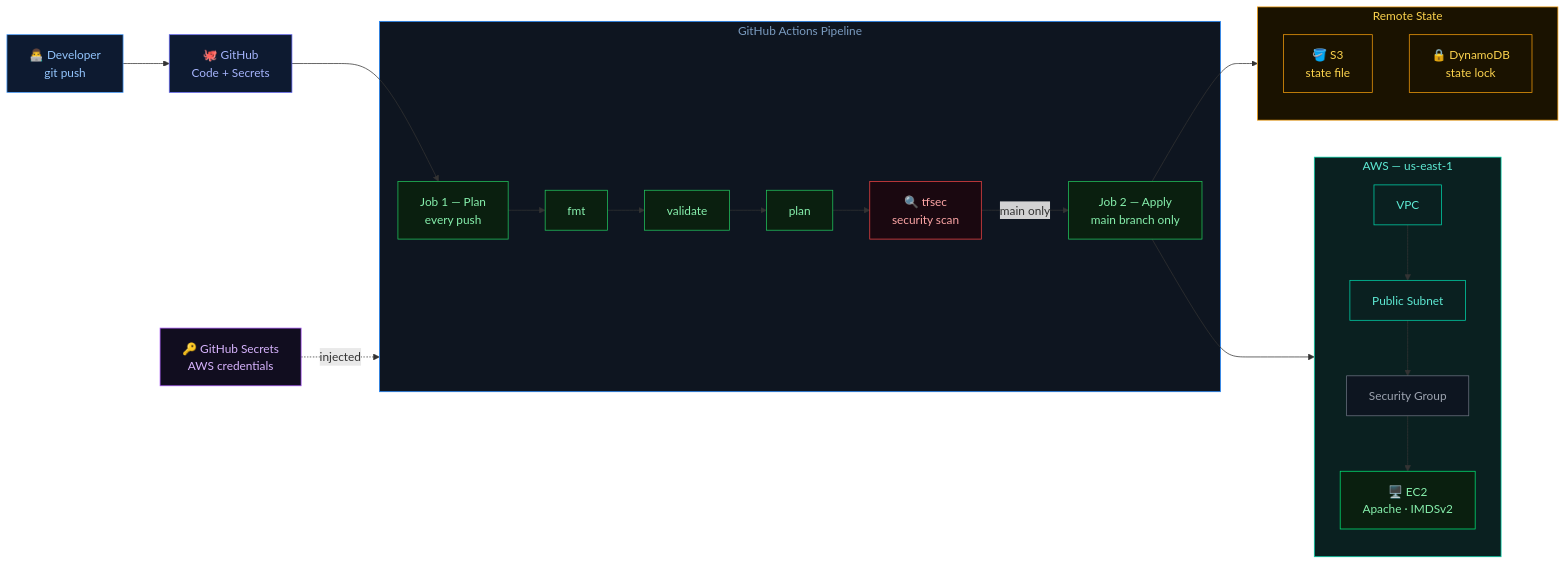
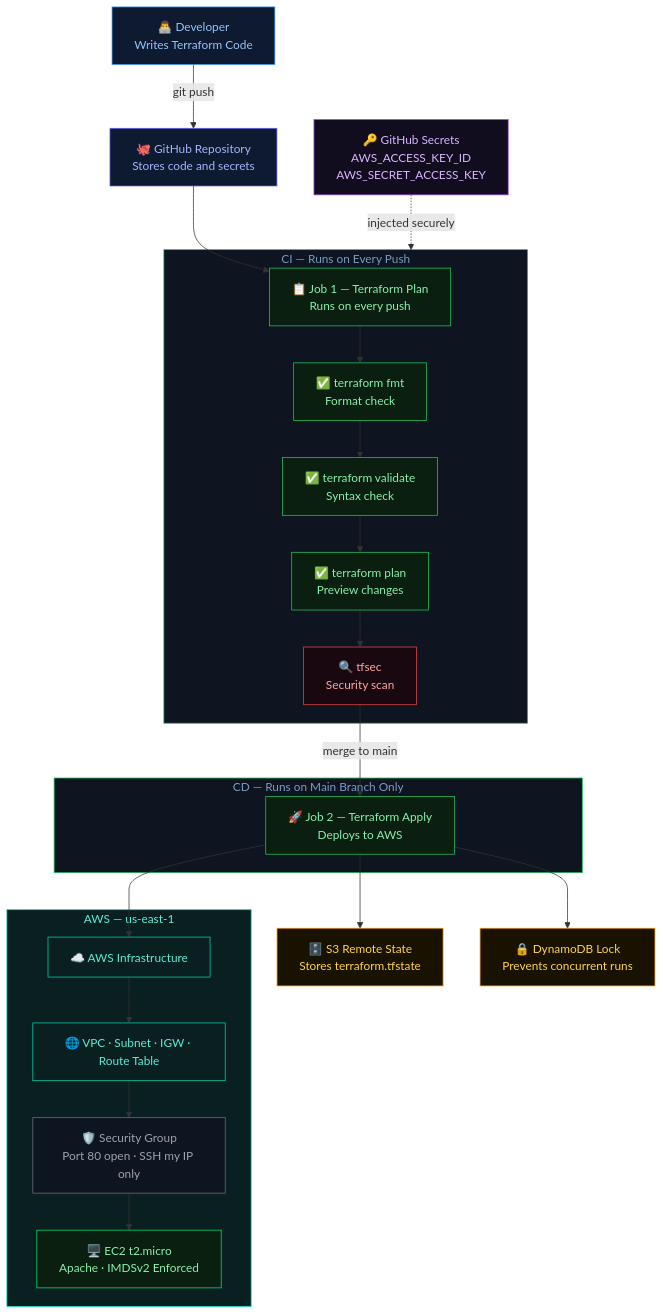
Before and after one commit to johntay379-hub/secure-cicd-pipeline: the diagram in README.md, drawn with Mermaid. The commit also changed other lines of this file, not shown here.

Commit message:
Fix architecture diagram and Zero Trust services list

````diff
--- a/README.md
+++ b/README.md
@@ -17,58 +17,65 @@
 ```mermaid
-flowchart LR
-    DEV["👨‍💻 Developer
-git push"] --> GH["🐙 GitHub
-Code + Secrets"]
+flowchart TD
+    A["👨‍💻 Developer
+Writes Terraform Code"] -->|git push| B["🐙 GitHub Repository
+Stores code and secrets"]
 
-    GH --> JOB1
+    B --> C["📋 Job 1 — Terraform Plan
+Runs on every push"]
 
-    subgraph PIPELINE["GitHub Actions Pipeline"]
-        JOB1["Job 1 — Plan
-every push"] --> FMT["fmt"]
-        FMT --> VAL["validate"]
-        VAL --> PLAN["plan"]
-        PLAN --> TFSEC["🔍 tfsec
-security scan"]
-        TFSEC -->|main only| JOB2["Job 2 — Apply
-main branch only"]
+    subgraph CI[" CI — Runs on Every Push "]
+        C --> D["✅ terraform fmt
+Format check"]
+        D --> E["✅ terraform validate
+Syntax check"]
+        E --> F["✅ terraform plan
+Preview changes"]
+        F --> G["🔍 tfsec
+Security scan"]
     end
 
-    subgraph STATE["Remote State"]
-        S3["🪣 S3
-state file"]
-        DDB["🔒 DynamoDB
-state lock"]
+    G -->|merge to main| H["🚀 Job 2 — Terraform Apply
+Deploys to AWS"]
+
+    subgraph CD[" CD — Runs on Main Branch Only "]
+        H
     end
 
-    JOB2 --> STATE
-    JOB2 --> AWS
+    H --> I["🗄️ S3 Remote State
+Stores terraform.tfstate"]
+    H --> J["🔒 DynamoDB Lock
+Prevents concurrent runs"]
 
-    subgraph AWS["AWS — us-east-1"]
-        VPC["VPC"] --> SUBNET["Public Subnet"]
-        SUBNET --> SG["Security Group"]
-        SG --> EC2["🖥️ EC2
-Apache · IMDSv2"]
+    H --> K["☁️ AWS Infrastructure"]
+
+    subgraph AWS[" AWS — us-east-1 "]
+        K --> L["🌐 VPC · Subnet · IGW · Route Table"]
+        L --> M["🛡️ Security Group
+Port 80 open · SSH my IP only"]
+        M --> N["🖥️ EC2 t2.micro
+Apache · IMDSv2 Enforced"]
     end
 
-    SECRETS["🔑 GitHub Secrets
-AWS credentials"] -.->|injected| PIPELINE
+    O["🔑 GitHub Secrets
+AWS_ACCESS_KEY_ID
+AWS_SECRET_ACCESS_KEY"] -.->|injected securely| CI
 
-    style DEV fill:#0d1a30,stroke:#4a9eff,color:#93c5fd
-    style GH fill:#0d1a30,stroke:#6366f1,color:#a5b4fc
-    style PIPELINE fill:#0e1520,stroke:#2088FF,color:#7a9bbf
-    style JOB1 fill:#0a1f0f,stroke:#22c55e,color:#86efac
-    style FMT fill:#0a1f0f,stroke:#22c55e,color:#86efac
-    style VAL fill:#0a1f0f,stroke:#22c55e,color:#86efac
-    style PLAN fill:#0a1f0f,stroke:#22c55e,color:#86efac
-    style TFSEC fill:#1a0810,stroke:#ef4444,color:#fca5a5
-    style JOB2 fill:#0a1f0f,stroke:#22c55e,color:#86efac
-    style STATE fill:#1a1200,stroke:#f59e0b,color:#fcd34d
-    style S3 fill:#1a1200,stroke:#f59e0b,color:#fcd34d
-    style DDB fill:#1a1200,stroke:#f59e0b,color:#fcd34d
+    style A fill:#0d1a30,stroke:#4a9eff,color:#93c5fd
+    style B fill:#0d1a30,stroke:#6366f1,color:#a5b4fc
+    style C fill:#0a1f0f,stroke:#22c55e,color:#86efac
+    style D fill:#0a1f0f,stroke:#22c55e,color:#86efac
+    style E fill:#0a1f0f,stroke:#22c55e,color:#86efac
+    style F fill:#0a1f0f,stroke:#22c55e,color:#86efac
+    style G fill:#1a0810,stroke:#ef4444,color:#fca5a5
+    style H fill:#0a1f0f,stroke:#22c55e,color:#86efac
+    style I fill:#1a1200,stroke:#f59e0b,color:#fcd34d
+    style J fill:#1a1200,stroke:#f59e0b,color:#fcd34d
+    style K fill:#0a2020,stroke:#00d4aa,color:#5eead4
+    style L fill:#0a2020,stroke:#00d4aa,color:#5eead4
+    style M fill:#0d1520,stroke:#6b7280,color:#9ca3af
+    style N fill:#0a1f0f,stroke:#00e676,color:#86efac
+    style O fill:#110d1f,stroke:#a855f7,color:#d8b4fe
+    style CI fill:#0e1520,stroke:#22c55e,color:#7a9bbf
+    style CD fill:#0e1520,stroke:#22c55e,color:#7a9bbf
     style AWS fill:#0a2020,stroke:#00d4aa,color:#5eead4
-    style VPC fill:#0a2020,stroke:#00d4aa,color:#5eead4
-    style SUBNET fill:#0a2020,stroke:#00d4aa,color:#5eead4
-    style SG fill:#0d1520,stroke:#6b7280,color:#9ca3af
-    style EC2 fill:#0a1f0f,stroke:#00e676,color:#86efac
-    style SECRETS fill:#110d1f,stroke:#a855f7,color:#d8b4fe
 ```
````
